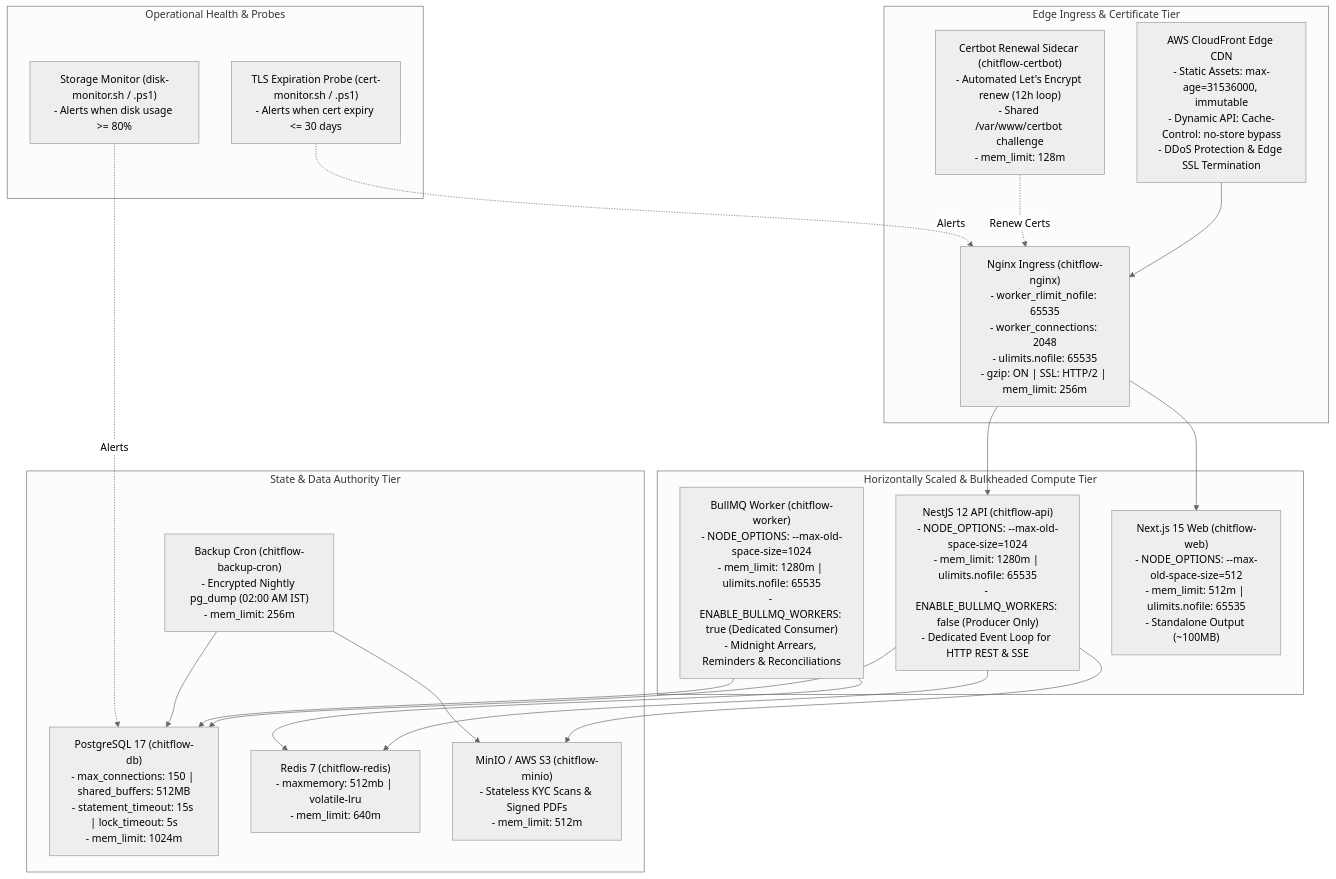
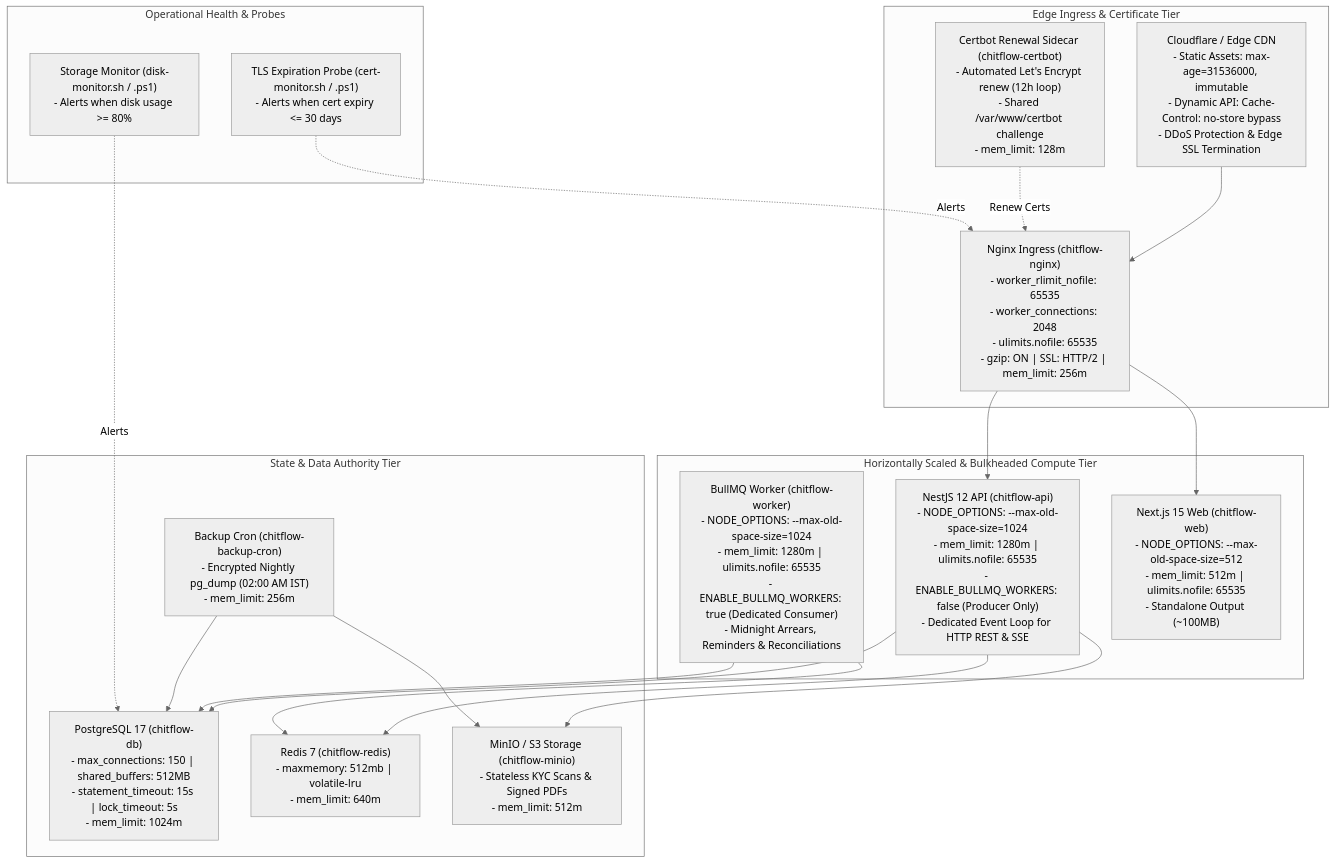
One commit to Kathir-24/Kumaran-finance changed the diagram in docs/03-architecture/server-and-infrastructure-resilience.md. Above: the diagram before and after it, drawn with Mermaid (neutral theme). The commit also changed other lines of this file and 34 other files, not shown here.

First line of the commit message:
docs(infra): establish flat-fee linux vps and cloudflare r2 as primary deployment architecture

````diff
--- a/docs/03-architecture/server-and-infrastructure-resilience.md
+++ b/docs/03-architecture/server-and-infrastructure-resilience.md
@@ -14,40 +14,40 @@
 ```mermaid
 flowchart TD
     subgraph IngressLayer["Edge Ingress & Certificate Tier"]
-        CloudFront["AWS CloudFront Edge CDN\n- Static Assets: max-age=31536000, immutable\n- Dynamic API: Cache-Control: no-store bypass\n- DDoS Protection & Edge SSL Termination"]
+        CloudFront["Cloudflare / Edge CDN\n- Static Assets: max-age=31536000, immutable\n- Dynamic API: Cache-Control: no-store bypass\n- DDoS Protection & Edge SSL Termination"]
         Nginx["Nginx Ingress (chitflow-nginx)\n- worker_rlimit_nofile: 65535\n- worker_connections: 2048\n- ulimits.nofile: 65535\n- gzip: ON | SSL: HTTP/2 | mem_limit: 256m"]
         Certbot["Certbot Renewal Sidecar (chitflow-certbot)\n- Automated Let's Encrypt renew (12h loop)\n- Shared /var/www/certbot challenge\n- mem_limit: 128m"]
     end
 
     subgraph ComputeTier["Horizontally Scaled & Bulkheaded Compute Tier"]
         API["NestJS 12 API (chitflow-api)\n- NODE_OPTIONS: --max-old-space-size=1024\n- mem_limit: 1280m | ulimits.nofile: 65535\n- ENABLE_BULLMQ_WORKERS: false (Producer Only)\n- Dedicated Event Loop for HTTP REST & SSE"]
         Worker["BullMQ Worker (chitflow-worker)\n- NODE_OPTIONS: --max-old-space-size=1024\n- mem_limit: 1280m | ulimits.nofile: 65535\n- ENABLE_BULLMQ_WORKERS: true (Dedicated Consumer)\n- Midnight Arrears, Reminders & Reconciliations"]
         Web["Next.js 15 Web (chitflow-web)\n- NODE_OPTIONS: --max-old-space-size=512\n- mem_limit: 512m | ulimits.nofile: 65535\n- Standalone Output (~100MB)"]
     end
 
     subgraph StateTier["State & Data Authority Tier"]
         DB["PostgreSQL 17 (chitflow-db)\n- max_connections: 150 | shared_buffers: 512MB\n- statement_timeout: 15s | lock_timeout: 5s\n- mem_limit: 1024m"]
         Redis["Redis 7 (chitflow-redis)\n- maxmemory: 512mb | volatile-lru\n- mem_limit: 640m"]
-        Minio["MinIO / AWS S3 (chitflow-minio)\n- Stateless KYC Scans & Signed PDFs\n- mem_limit: 512m"]
+        Minio["MinIO / S3 Storage (chitflow-minio)\n- Stateless KYC Scans & Signed PDFs\n- mem_limit: 512m"]
         Cron["Backup Cron (chitflow-backup-cron)\n- Encrypted Nightly pg_dump (02:00 AM IST)\n- mem_limit: 256m"]
     end
 
     subgraph MonitoringTier["Operational Health & Probes"]
         DiskMonitor["Storage Monitor (disk-monitor.sh / .ps1)\n- Alerts when disk usage >= 80%"]
         CertMonitor["TLS Expiration Probe (cert-monitor.sh / .ps1)\n- Alerts when cert expiry <= 30 days"]
     end
 
     CloudFront --> Nginx
     Nginx --> API
     Nginx --> Web
     Certbot -.->|Renew Certs| Nginx
     API --> DB
     API --> Redis
     API --> Minio
     Worker --> DB
     Worker --> Redis
     Cron --> DB
     Cron --> Minio
     DiskMonitor -.->|Alerts| DB
     CertMonitor -.->|Alerts| Nginx
 ```
````
